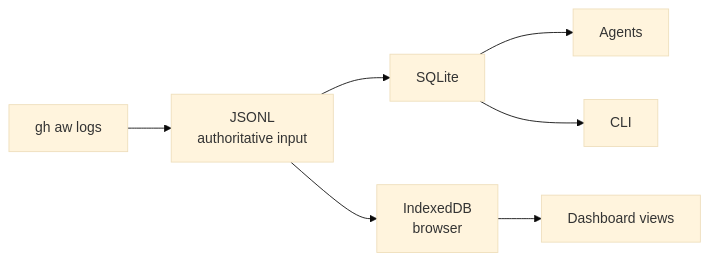
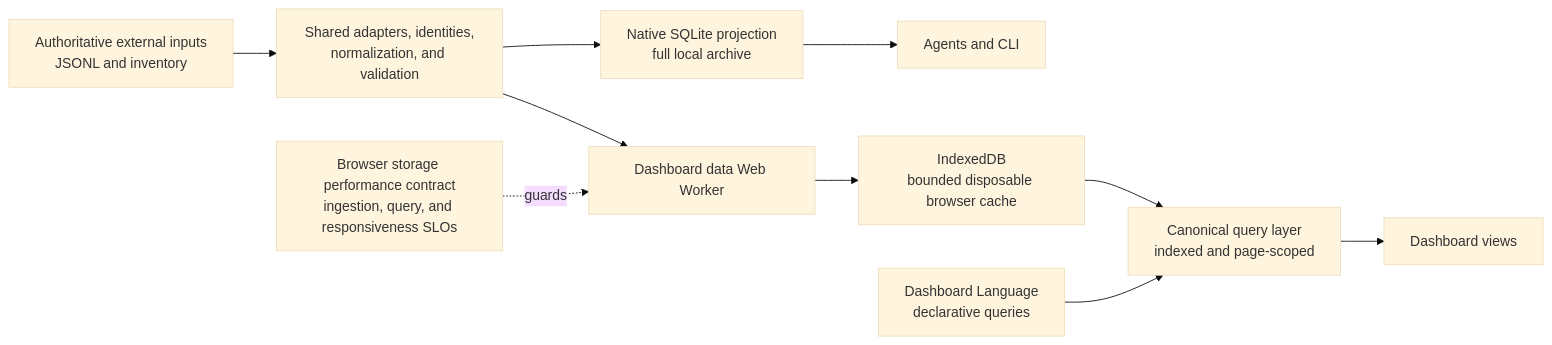
Before and after one commit to githubnext/gh-aw-cao: the first of 2 diagrams in specs/dashboard-data.md, drawn with Mermaid (base theme). The commit also changed other lines of this file and 3 other files, not shown here.

Commit message:
Add browser storage performance contract

````diff
--- a/specs/dashboard-data.md
+++ b/specs/dashboard-data.md
@@ -211,9 +211,15 @@
 ```mermaid
 flowchart LR
-  logs["gh aw logs"] --> source["JSONL<br/>authoritative input"]
-  source --> sqlite["SQLite"]
-  sqlite --> agents["Agents"]
-  sqlite --> cli["CLI"]
-  source --> indexeddb["IndexedDB<br/>browser"]
-  indexeddb --> views["Dashboard views"]
+  inputs["Authoritative external inputs<br/>JSONL and inventory"] --> canonical["Shared adapters, identities,<br/>normalization, and validation"]
+
+  canonical --> sqlite["Native SQLite projection<br/>full local archive"]
+  sqlite --> headless["Agents and CLI"]
+
+  canonical --> worker["Dashboard data Web Worker"]
+  worker --> indexeddb["IndexedDB<br/>bounded disposable browser cache"]
+  indexeddb --> queries["Canonical query layer<br/>indexed and page-scoped"]
+  language["Dashboard Language<br/>declarative queries"] --> queries
+  queries --> views["Dashboard views"]
+
+  contract["Browser storage performance contract<br/>ingestion, query, and responsiveness SLOs"] -. guards .-> worker
 ```
````
